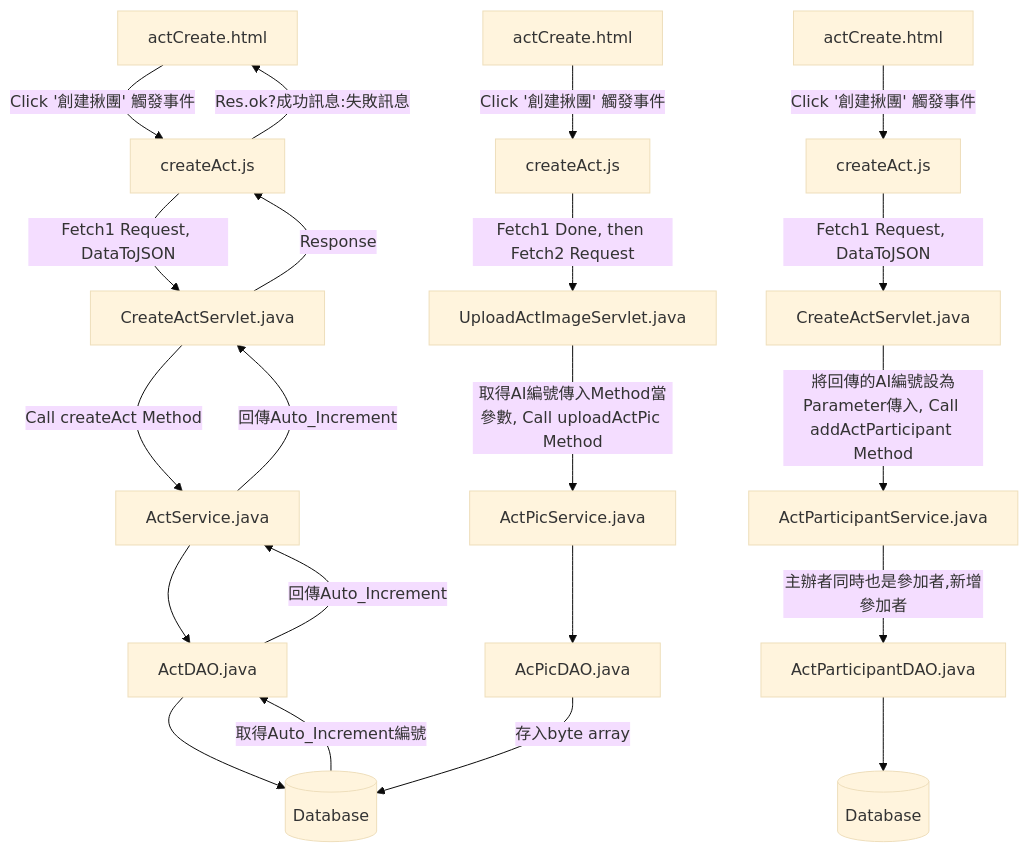
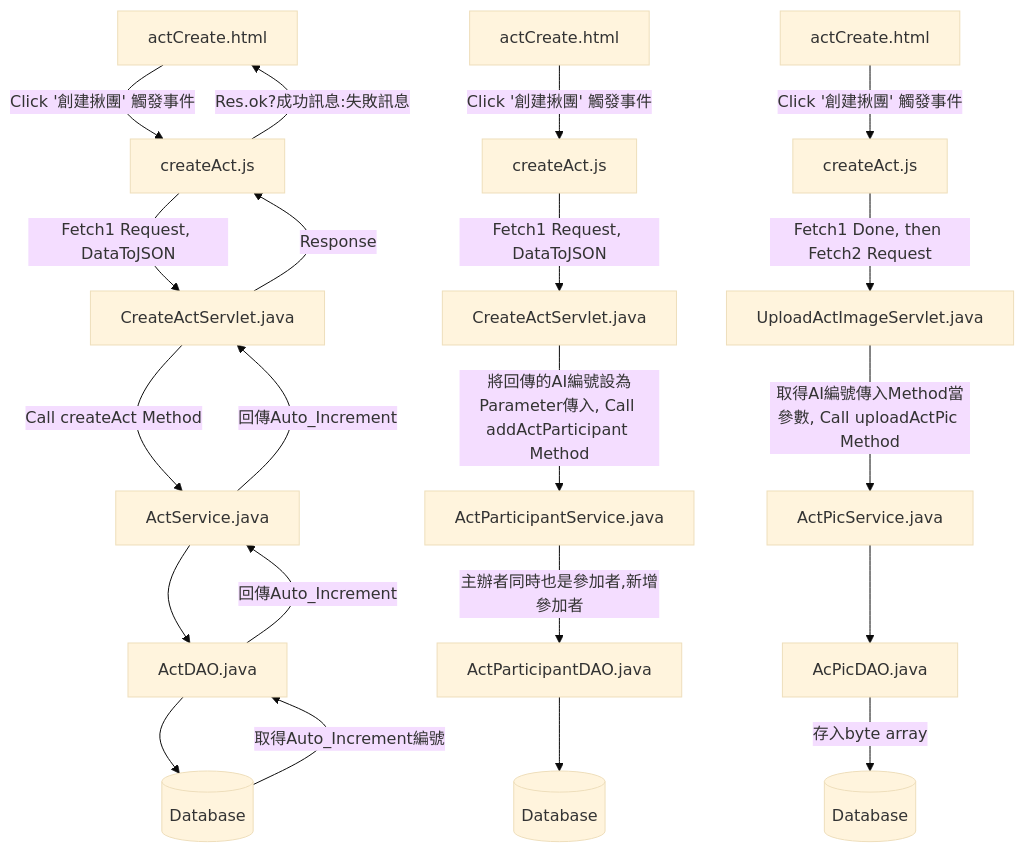
Before and after one commit to TLexYuW/CGA103G1OwnPart: the second of 15 diagrams in README.md, drawn with Mermaid (base theme).

Commit message:
LEX: 2022-09-12 15:28:46
Affected files:
README.md

````diff
--- a/README.md
+++ b/README.md
@@ -65,16 +65,16 @@
 ```mermaid
 graph TB
 	aC[actCreate.html] -->|Click '創建揪團' 觸發事件| cA[createAct.js] -->|Fetch1 Request, DataToJSON| CAS[CreateActServlet.java] 
 	-->|Call createAct Method| AS[ActService.java] --> AD[ActDAO.java] --> DB[(Database)]
 	DB -->|取得Auto_Increment編號| AD -->|回傳Auto_Increment| AS -->|回傳Auto_Increment| CAS 
 	-->|Response| cA -->|Res.ok?成功訊息:失敗訊息| aC
 	
 	aC2[actCreate.html] -->|Click '創建揪團' 觸發事件| cA2[createAct.js] -->|Fetch1 Request, DataToJSON| CAS2[CreateActServlet.java] 
 	-->|將回傳的AI編號設為Parameter傳入, Call addActParticipant Method| APS[ActParticipantService.java] 
 	-->|主辦者同時也是參加者,新增參加者| APDAO[ActParticipantDAO.java] --> DB2[(Database)]
 	
 	aC3[actCreate.html] -->|Click '創建揪團' 觸發事件| cA3[createAct.js] 
 	-->|Fetch1 Done, then Fetch2 Request| UAIS[UploadActImageServlet.java] 
 	-->|取得AI編號傳入Method當參數, Call uploadActPic Method| APS2[ActPicService.java]
-	--> APD[AcPicDAO.java] -->|存入byte array| DB[(Database)]
+	--> APD[AcPicDAO.java] -->|存入byte array| DB3[(Database)]
 ```
````
